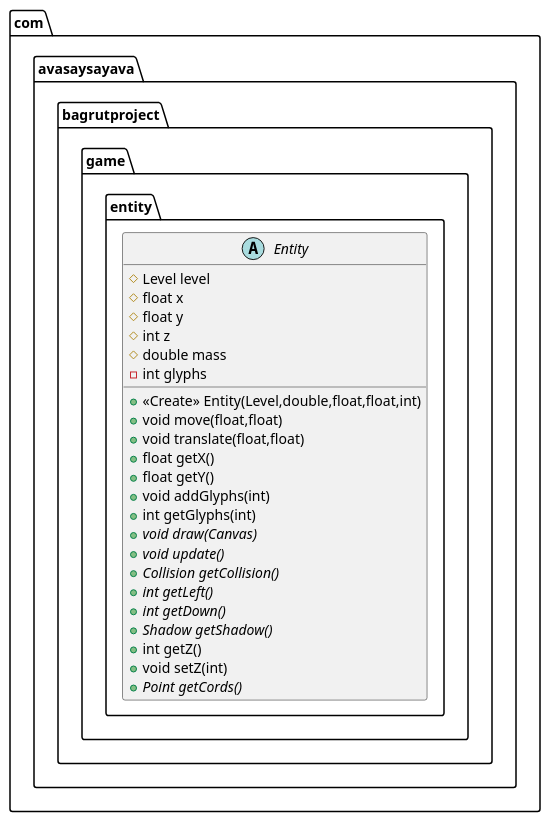
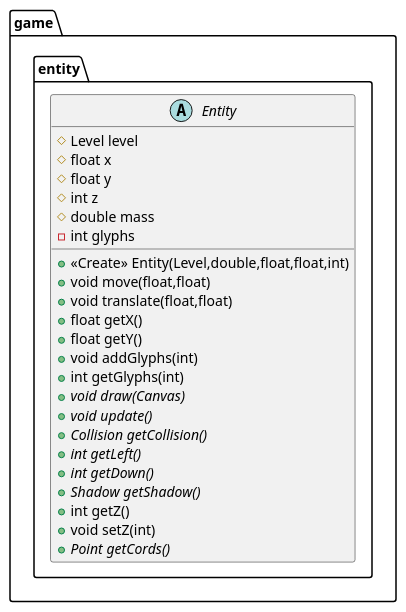
One commit to Avasay-Sayava/BagrutProject changed the diagram in ProjectApp/app/src/main/java/com/avasaysayava/bagrutproject/game/entity/Entity.puml. Above: the diagram before and after it, drawn with PlantUML. The commit also changed 41 other files, not shown here.

```diff
--- a/ProjectApp/app/src/main/java/com/avasaysayava/bagrutproject/game/entity/Entity.puml
+++ b/ProjectApp/app/src/main/java/com/avasaysayava/bagrutproject/game/entity/Entity.puml
@@ -1,28 +1,28 @@
 @startuml
-abstract class com.avasaysayava.bagrutproject.game.entity.Entity {
+abstract class game.entity.Entity {
 # Level level
 # float x
 # float y
 # int z
 # double mass
 - int glyphs
 + <<Create>> Entity(Level,double,float,float,int)
 + void move(float,float)
 + void translate(float,float)
 + float getX()
 + float getY()
 + void addGlyphs(int)
 + int getGlyphs(int)
 + {abstract}void draw(Canvas)
 + {abstract}void update()
 + {abstract}Collision getCollision()
 + {abstract}int getLeft()
 + {abstract}int getDown()
 + {abstract}Shadow getShadow()
 + int getZ()
 + void setZ(int)
 + {abstract}Point getCords()
 }
 
 
 @enduml
```
